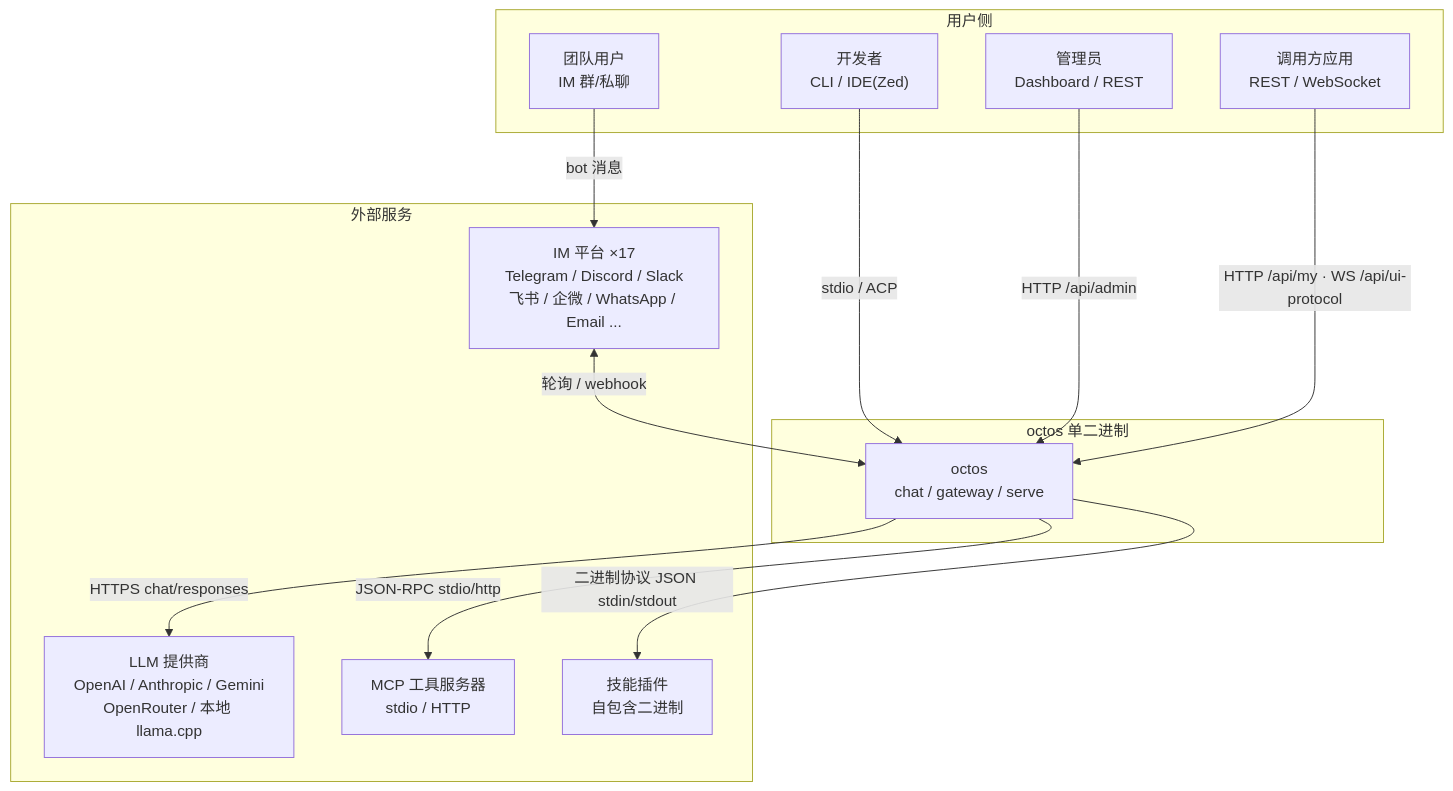
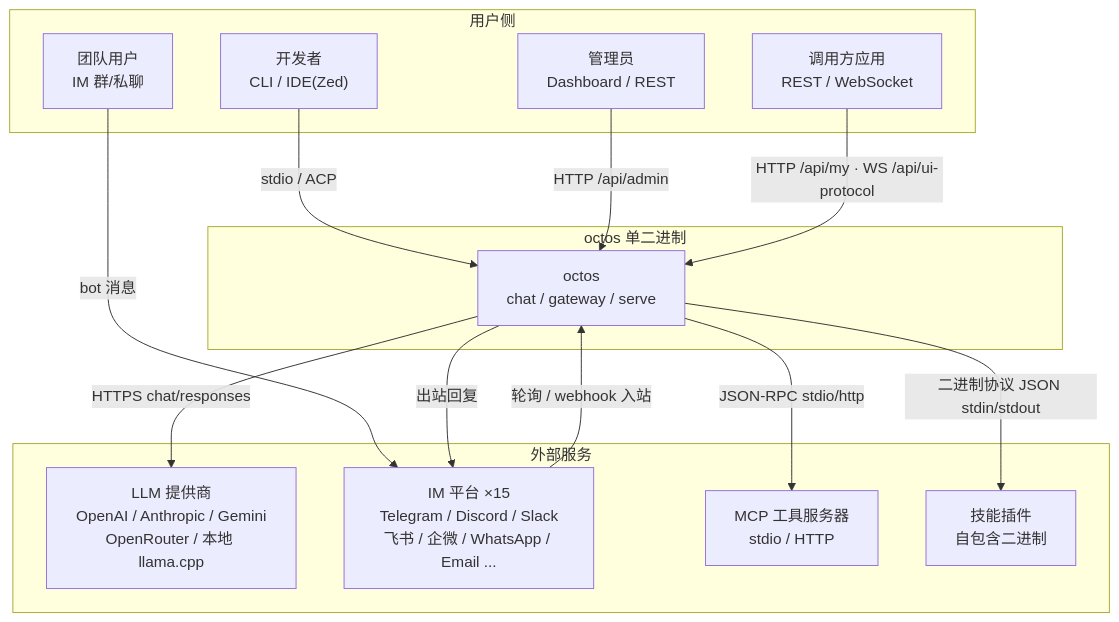
One commit to dorname/octos changed the first of 15 diagrams in logos/resources/prd/3-technical-plan/1-architecture/core-01-architecture-overview.md. Above: the diagram before and after it, drawn with Mermaid. The commit also changed other lines of this file and 13 other files, not shown here.

Commit message:
docs(fix-docs-mermaid-consistency): merge spec deltas — S17 时序图分号修复 + 数字口径 2026-09-29 核验对齐

````diff
--- a/logos/resources/prd/3-technical-plan/1-architecture/core-01-architecture-overview.md
+++ b/logos/resources/prd/3-technical-plan/1-architecture/core-01-architecture-overview.md
@@ -11,29 +11,30 @@
 ```mermaid
 graph TB
     subgraph "用户侧"
         DEV["开发者<br/>CLI / IDE(Zed)"]
         TEAM["团队用户<br/>IM 群/私聊"]
         ADMIN["管理员<br/>Dashboard / REST"]
         APP["调用方应用<br/>REST / WebSocket"]
     end
 
     subgraph "octos 单二进制"
         CORE["octos<br/>chat / gateway / serve"]
     end
 
     subgraph "外部服务"
         LLM["LLM 提供商<br/>OpenAI / Anthropic / Gemini<br/>OpenRouter / 本地 llama.cpp"]
-        IM["IM 平台 ×17<br/>Telegram / Discord / Slack<br/>飞书 / 企微 / WhatsApp / Email ..."]
+        IM["IM 平台 ×15<br/>Telegram / Discord / Slack<br/>飞书 / 企微 / WhatsApp / Email ..."]
         MCP["MCP 工具服务器<br/>stdio / HTTP"]
         SKILL["技能插件<br/>自包含二进制"]
     end
 
     DEV -->|"stdio / ACP"| CORE
     TEAM -->|"bot 消息"| IM
-    IM <-->|"轮询 / webhook"| CORE
+    IM -->|"轮询 / webhook 入站"| CORE
+    CORE -->|"出站回复"| IM
     ADMIN -->|"HTTP /api/admin"| CORE
     APP -->|"HTTP /api/my · WS /api/ui-protocol"| CORE
     CORE -->|"HTTPS chat/responses"| LLM
     CORE -->|"JSON-RPC stdio/http"| MCP
     CORE -->|"二进制协议 JSON stdin/stdout"| SKILL
 ```
````
